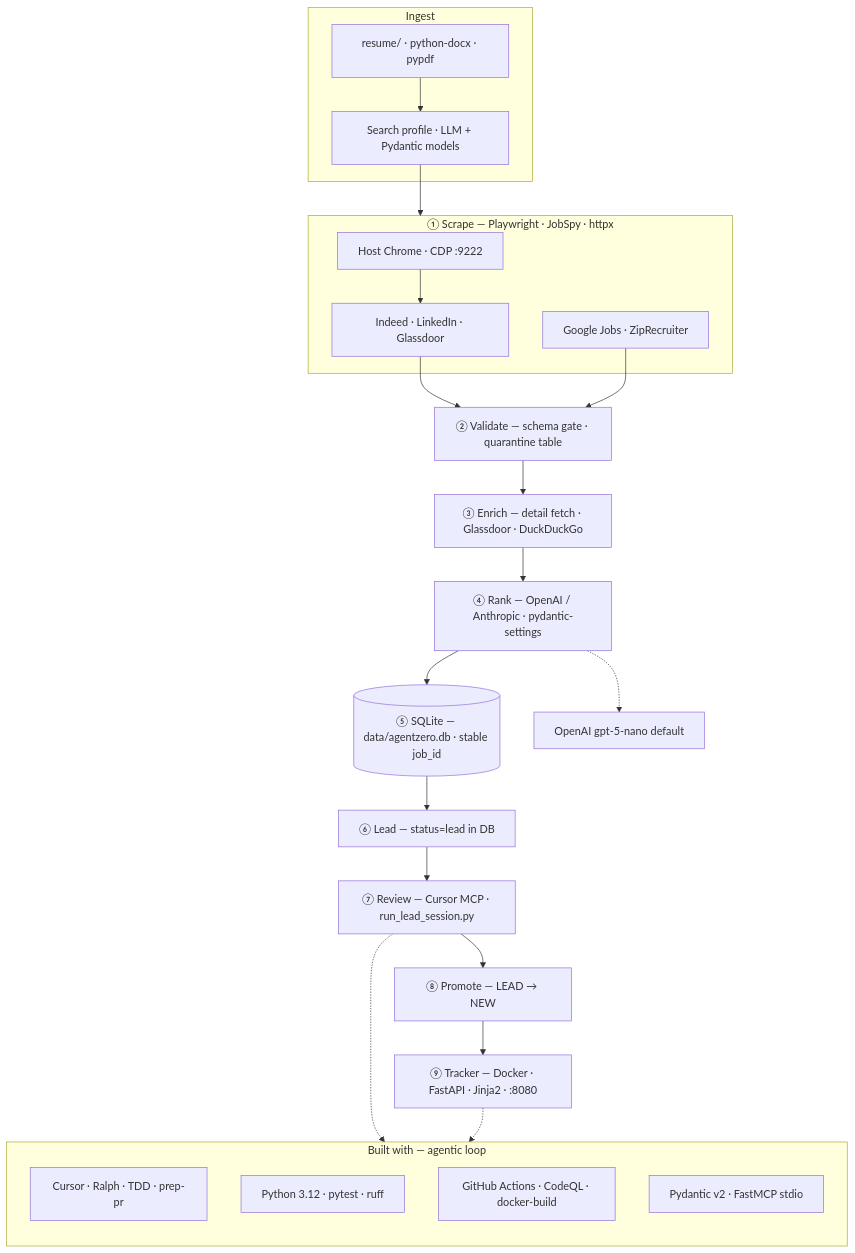
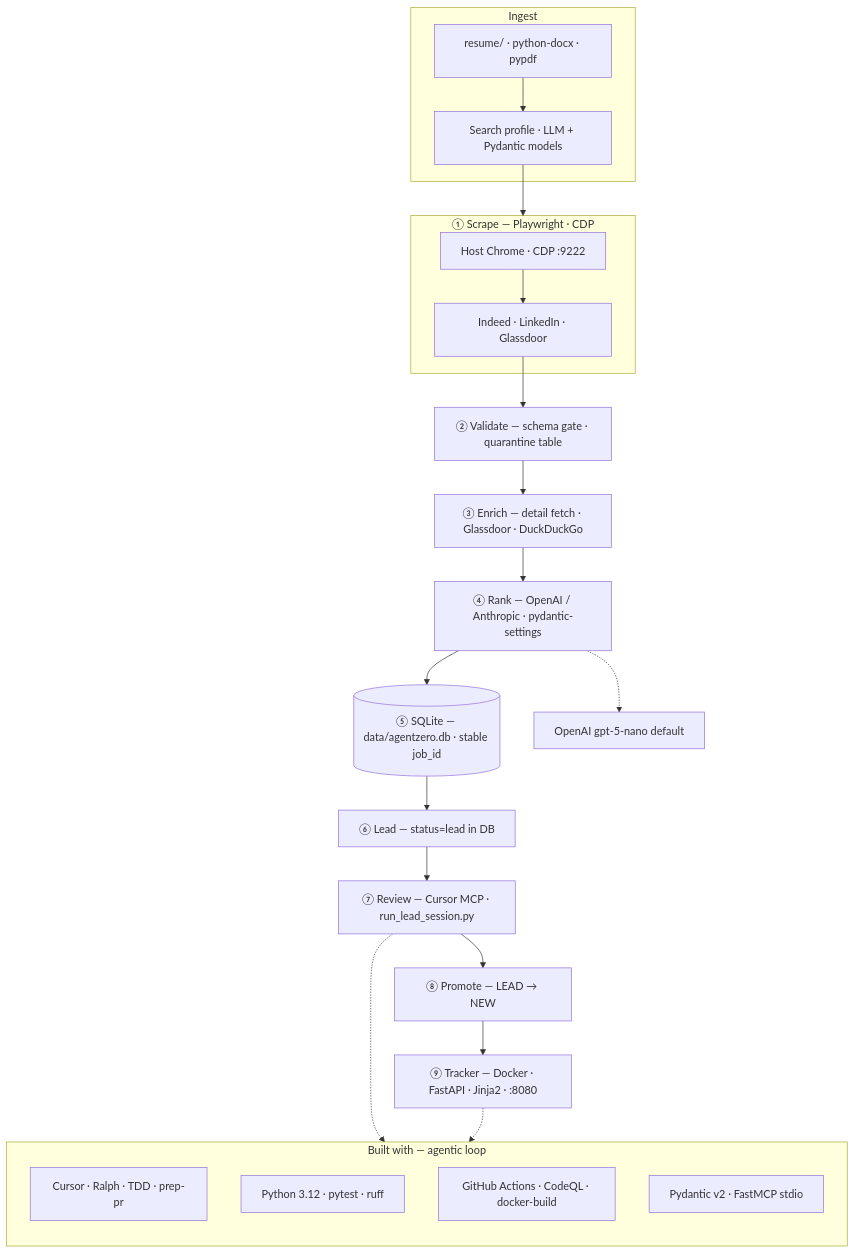
The diagram in README.md (dstynchula/AgentZero), drawn with Mermaid before and after one commit. The commit also changed other lines of this file and 46 other files, not shown here.

First line of the commit message:
P40: three-board scrape, apply URLs, and job card UX. (#41)

````diff
--- a/README.md
+++ b/README.md
@@ -30,40 +30,38 @@
 ```mermaid
 flowchart TB
     subgraph IN["Ingest"]
         R["resume/ · python-docx · pypdf"]
         P["Search profile · LLM + Pydantic models"]
     end
 
-    subgraph SC["① Scrape — Playwright · JobSpy · httpx"]
+    subgraph SC["① Scrape — Playwright · CDP"]
         CDP["Host Chrome · CDP :9222"]
         BR["Indeed · LinkedIn · Glassdoor"]
-        JS["Google Jobs · ZipRecruiter"]
     end
 
     V["② Validate — schema gate · quarantine table"]
     E["③ Enrich — detail fetch · Glassdoor · DuckDuckGo"]
     RK["④ Rank — OpenAI / Anthropic · pydantic-settings"]
     DB[("⑤ SQLite — data/agentzero.db · stable job_id")]
     LD["⑥ Lead — status=lead in DB"]
     OP["⑦ Review — Cursor MCP · run_lead_session.py"]
     AP["⑧ Promote — LEAD → NEW"]
     UI["⑨ Tracker — Docker · FastAPI · Jinja2 · :8080"]
 
     R --> P --> SC
     CDP --> BR
     BR --> V
-    JS --> V
     V --> E --> RK --> DB --> LD --> OP --> AP --> UI
 
     subgraph BUILD["Built with — agentic loop"]
         direction TB
         CUR["Cursor · Ralph · TDD · prep-pr"]
         PYT["Python 3.12 · pytest · ruff"]
         GHA["GitHub Actions · CodeQL · docker-build"]
         PDY["Pydantic v2 · FastMCP stdio"]
     end
 
     OP -.-> CUR
     RK -.-> OAI["OpenAI gpt-5-nano default"]
     UI -.-> PDY
 ```
````
